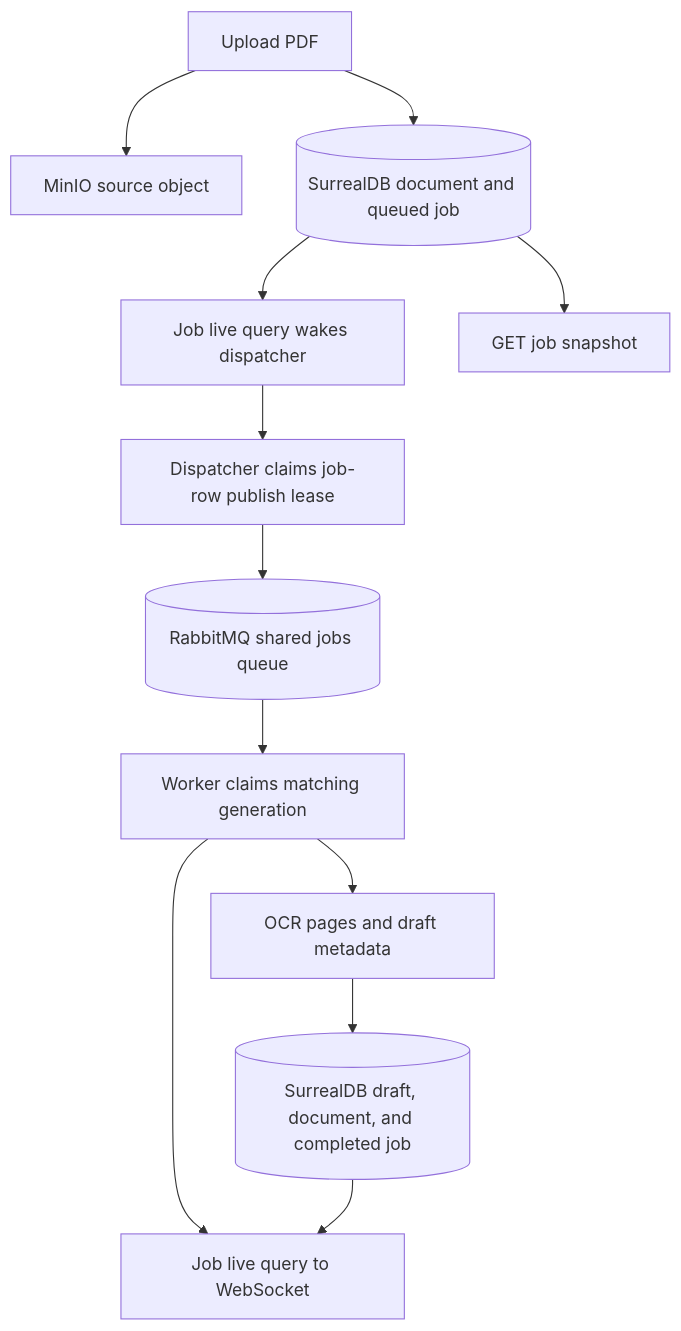
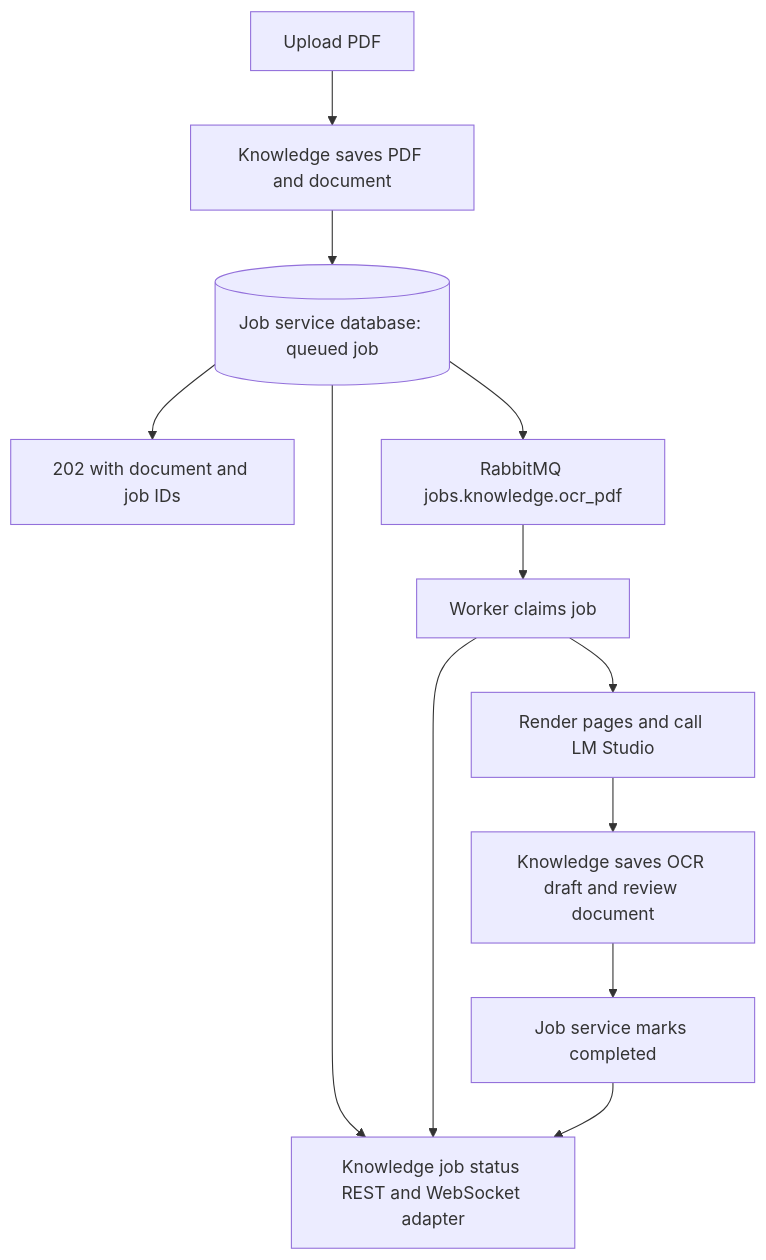
Before and after one commit to quoocnhaan/student-information-system: the diagram in services/ai-service/docs/PDF_UPLOAD_TO_OUTPUT_FLOW.md, drawn with Mermaid. The commit also changed other lines of this file and 95 other files, not shown here.

Commit message:
add job-service and worker-service

````diff
--- a/services/ai-service/docs/PDF_UPLOAD_TO_OUTPUT_FLOW.md
+++ b/services/ai-service/docs/PDF_UPLOAD_TO_OUTPUT_FLOW.md
@@ -3,14 +3,14 @@
 ```mermaid
 flowchart TD
-    A[Upload PDF] --> B[MinIO source object]
-    A --> C[(SurrealDB document and queued job)]
-    C --> D[Job live query wakes dispatcher]
-    D --> E[Dispatcher claims job-row publish lease]
-    E --> F[(RabbitMQ shared jobs queue)]
-    F --> G[Worker claims matching generation]
-    G --> H[OCR pages and draft metadata]
-    H --> I[(SurrealDB draft, document, and completed job)]
-    C --> J[GET job snapshot]
-    G --> K[Job live query to WebSocket]
-    I --> K
+  U[Upload PDF] --> K[Knowledge saves PDF and document]
+  K --> J[(Job service database: queued job)]
+  J --> A[202 with document and job IDs]
+  J --> R[RabbitMQ jobs.knowledge.ocr_pdf]
+  R --> W[Worker claims job]
+  W --> O[Render pages and call LM Studio]
+  O --> D[Knowledge saves OCR draft and review document]
+  D --> C[Job service marks completed]
+  J --> S[Knowledge job status REST and WebSocket adapter]
+  W --> S
+  C --> S
 ```
````
